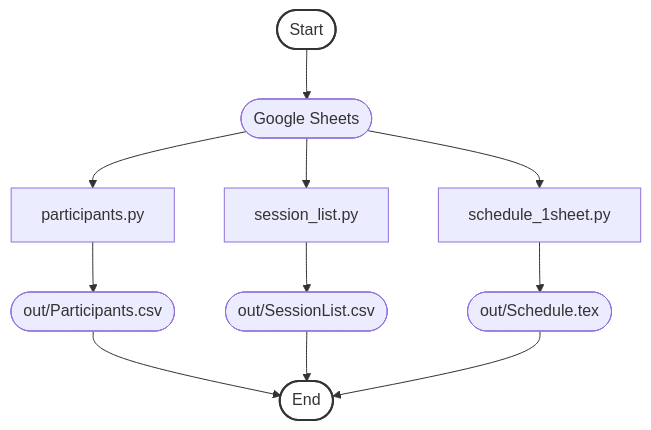
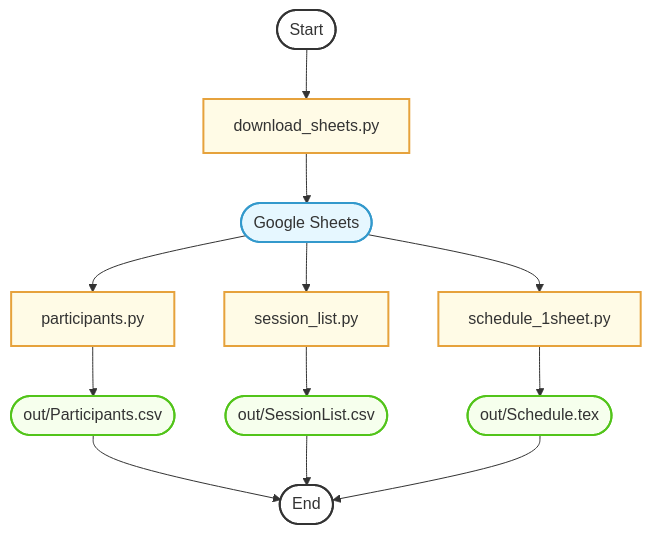
The diagram in preprocess/README.md (fjhickernell/MCM-2025-Program), drawn with Mermaid before and after one commit. The commit also changed other lines of this file, not shown here.

````diff
--- a/preprocess/README.md
+++ b/preprocess/README.md
@@ -60,37 +60,47 @@
 ```mermaid
 flowchart TD
     Start([Start])
     End([End])
 
     %% Set node colors
     style Start fill:#fff,stroke:#333,stroke-width:2px
     style End fill:#fff,stroke:#333,stroke-width:2px
 
     %% Input files
     A3([Google Sheets])
+    style A3 fill:#e6f7ff,stroke:#3399cc,stroke-width:2px
 
     %% Python scripts in preprocess (without util.py, config.py, and schedule_joinfiles.py)
+    B3[download_sheets.py]
+    B6[schedule_1sheet.py]
+    B5[session_list.py]
     B4[participants.py]
-    B5[session_list.py]
-    B6[schedule_1sheet.py]
+    style B3 fill:#fffbe6,stroke:#e6a23c,stroke-width:2px
+    style B4 fill:#fffbe6,stroke:#e6a23c,stroke-width:2px
+    style B5 fill:#fffbe6,stroke:#e6a23c,stroke-width:2px
+    style B6 fill:#fffbe6,stroke:#e6a23c,stroke-width:2px
 
     %% Outputs
     O1([out/Participants.csv])
     O2([out/SessionList.csv])
     O4([out/Schedule.tex])
+    style O1 fill:#f6ffed,stroke:#52c41a,stroke-width:2px
+    style O2 fill:#f6ffed,stroke:#52c41a,stroke-width:2px
+    style O4 fill:#f6ffed,stroke:#52c41a,stroke-width:2px
 
     %% Flow
-    Start --> A3
+    Start --> B3
+    B3 --> A3
     A3 --> B5
     A3 --> B4
     A3 --> B6
 
     B4 --> O1
     B5 --> O2
     B6 --> O4
 
     O1 --> End
     O2 --> End
     O4 --> End
 
 ```
````
